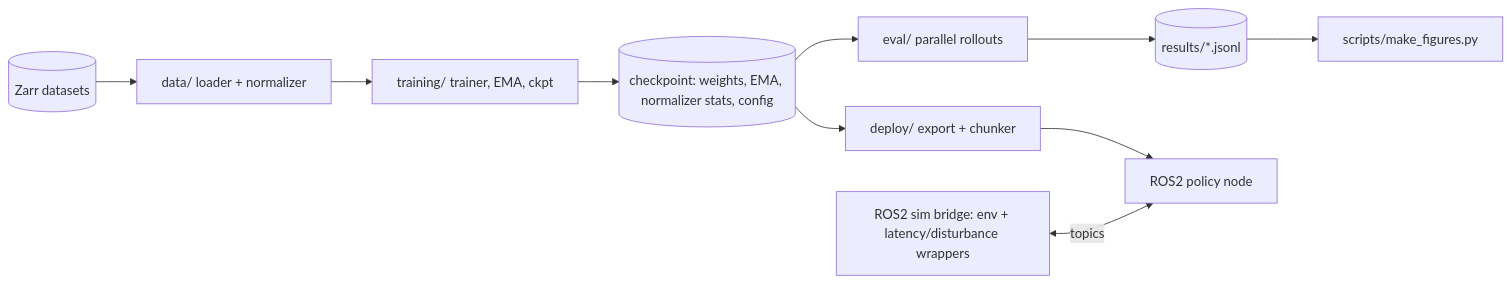
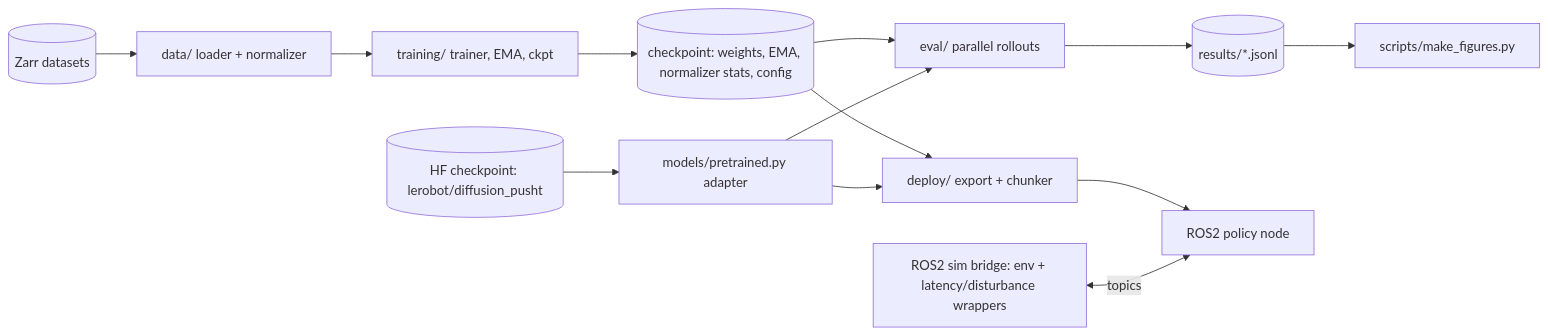
Before and after one commit to eddisonpham/flowpolicy: the diagram in docs/01_architecture.md, drawn with Mermaid. The commit also changed other lines of this file and 91 other files, not shown here.

````diff
--- a/docs/01_architecture.md
+++ b/docs/01_architecture.md
@@ -7,12 +7,15 @@
 ```mermaid
 flowchart LR
   D[(Zarr datasets)] --> DL[data/ loader + normalizer]
   DL --> T[training/ trainer, EMA, ckpt]
   T --> CK[(checkpoint: weights, EMA, normalizer stats, config)]
   CK --> EV[eval/ parallel rollouts]
   EV --> R[(results/*.jsonl)]
   R --> FIG[scripts/make_figures.py]
   CK --> EX[deploy/ export + chunker]
   EX --> PN[ROS2 policy node]
   SB[ROS2 sim bridge: env + latency/disturbance wrappers] <-- topics --> PN
+  HF[(HF checkpoint: lerobot/diffusion_pusht)] --> PA[models/pretrained.py adapter]
+  PA --> EV
+  PA --> EX
 ```
````
